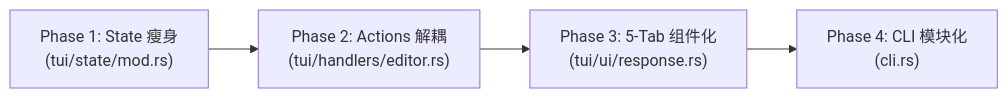
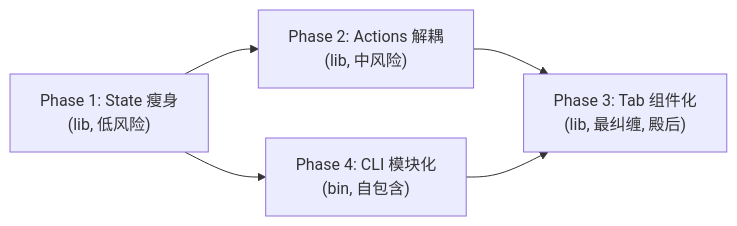
One commit to zseyen/rupost changed the diagram in doc/plans/active/2026-11-08-codebase-decoupling-and-monolith-refactoring-proposal.md. Above: the diagram before and after it, drawn with Mermaid. The commit also changed other lines of this file and 2 other files, not shown here.

````diff
--- a/doc/plans/active/2026-11-08-codebase-decoupling-and-monolith-refactoring-proposal.md
+++ b/doc/plans/active/2026-11-08-codebase-decoupling-and-monolith-refactoring-proposal.md
@@ -181,9 +205,12 @@
 ```mermaid
 flowchart LR
-    Phase1["Phase 1: State 瘦身<br/>(tui/state/mod.rs)"]
-    Phase2["Phase 2: Actions 解耦<br/>(tui/handlers/editor.rs)"]
-    Phase3["Phase 3: 5-Tab 组件化<br/>(tui/ui/response.rs)"]
-    Phase4["Phase 4: CLI 模块化<br/>(cli.rs)"]
+    Phase1["Phase 1: State 瘦身<br/>(lib, 低风险)"]
+    Phase2["Phase 2: Actions 解耦<br/>(lib, 中风险)"]
+    Phase4["Phase 4: CLI 模块化<br/>(bin, 自包含)"]
+    Phase3["Phase 3: Tab 组件化<br/>(lib, 最纠缠, 殿后)"]
 
-    Phase1 --> Phase2 --> Phase3 --> Phase4
+    Phase1 --> Phase2
+    Phase1 --> Phase4
+    Phase2 --> Phase3
+    Phase4 --> Phase3
 ```
````
